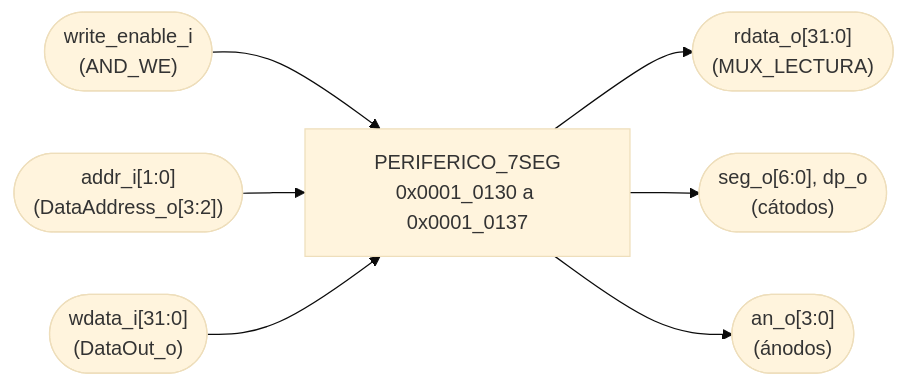
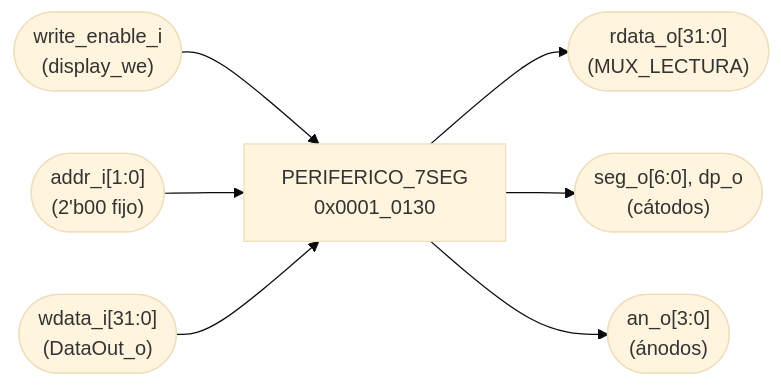
The first of 2 diagrams in docs/diseño/modulos/PERIFERICO_7SEG.md (Taller-de-diseno-digital-GR01/Proyecto-3-Batalla-Naval), drawn with Mermaid (base theme) before and after one commit. The commit also changed other lines of this file, not shown here.

Commit message:
PERIFERICO_7SEG.md con display_we y la dirección exacta del Address Translator

````diff
--- a/docs/diseño/modulos/PERIFERICO_7SEG.md
+++ b/docs/diseño/modulos/PERIFERICO_7SEG.md
@@ -9,9 +9,9 @@
 ```mermaid
 flowchart LR
-    IN_WE(["write_enable_i<br/>(AND_WE)"]) --> P7["PERIFERICO_7SEG<br/>0x0001_0130 a 0x0001_0137"]
-    IN_ADDR(["addr_i[1:0]<br/>(DataAddress_o[3:2])"]) --> P7
+    IN_WE(["write_enable_i<br/>(display_we)"]) --> P7["PERIFERICO_7SEG<br/>0x0001_0130"]
+    IN_ADDR(["addr_i[1:0]<br/>(2'b00 fijo)"]) --> P7
     IN_WD(["wdata_i[31:0]<br/>(DataOut_o)"]) --> P7
     P7 --> OUT_RD(["rdata_o[31:0]<br/>(MUX_LECTURA)"])
     P7 --> OUT_SEG(["seg_o[6:0], dp_o<br/>(cátodos)"])
     P7 --> OUT_AN(["an_o[3:0]<br/>(ánodos)"])
 ```
````
